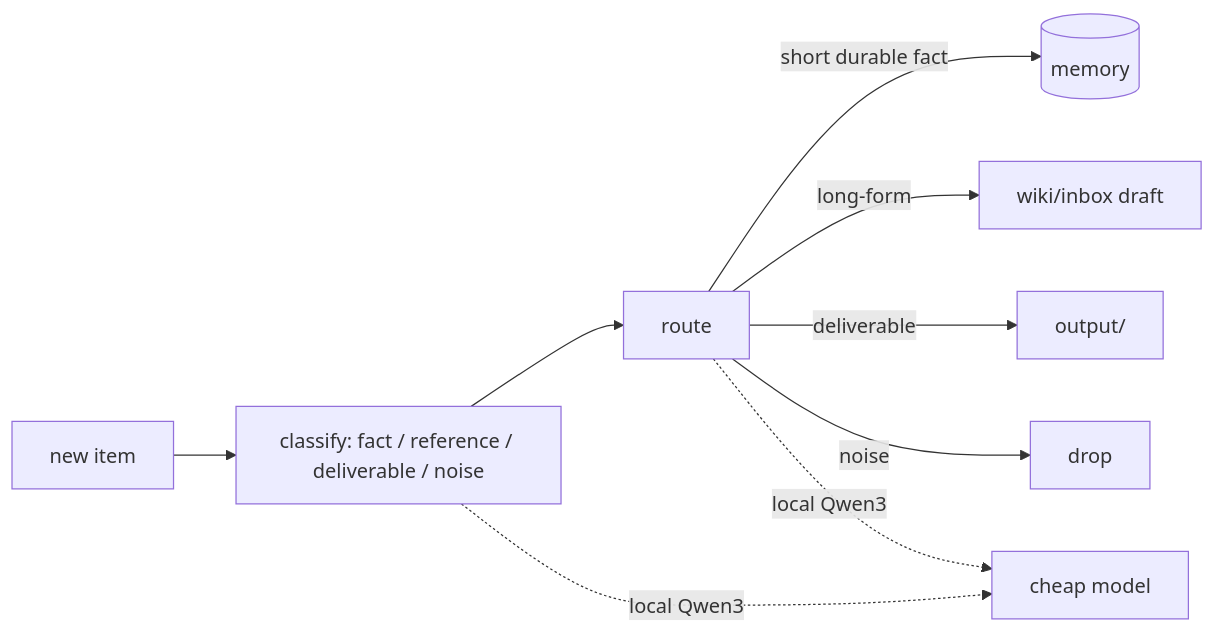
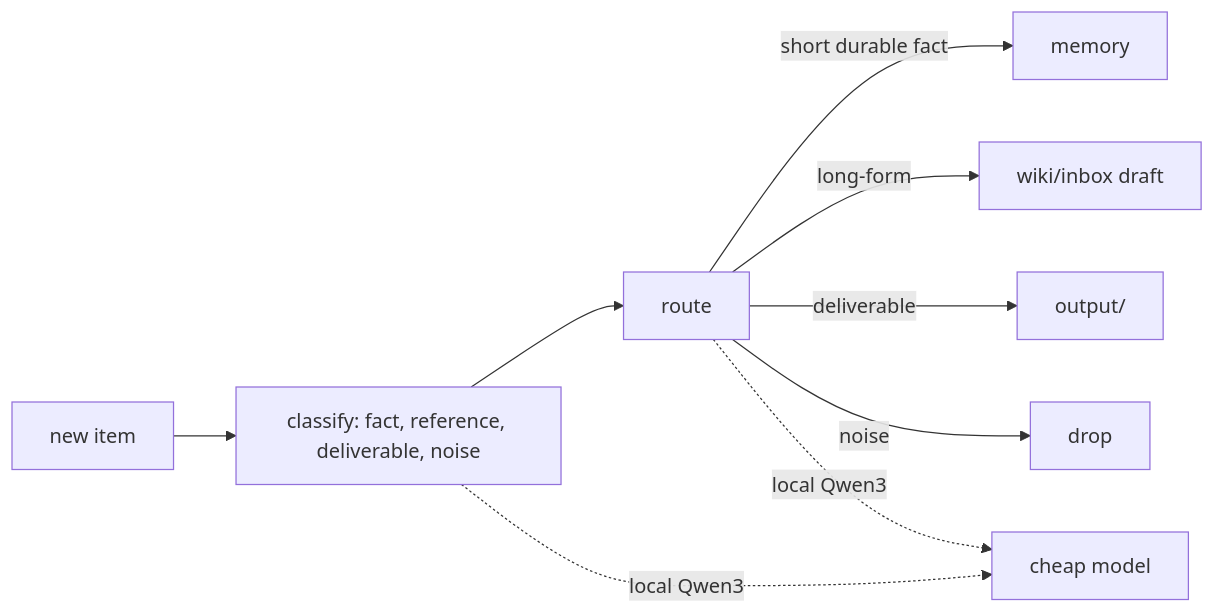
The second of 2 diagrams in docs/ARCHITECTURE.md (iracic82/agentic-os-architecture), drawn with Mermaid before and after one commit. The commit also changed other lines of this file and 4 other files, not shown here.

First line of the commit message:
Fix mermaid rendering on GitHub; plainer language, no em-dashes

````diff
--- a/docs/ARCHITECTURE.md
+++ b/docs/ARCHITECTURE.md
@@ -46,11 +43,11 @@
 ```mermaid
 flowchart LR
-  IN[new item] --> CL[classify: fact / reference / deliverable / noise]
-  CL --> RO[route]
-  RO -->|short durable fact| MEM[(memory)]
-  RO -->|long-form| INBOX[wiki/inbox draft]
-  RO -->|deliverable| OUT[output/]
-  RO -->|noise| X[drop]
-  CL -.local Qwen3.-> LLM[cheap model]
-  RO -.local Qwen3.-> LLM
+  IN["new item"] --> CL["classify: fact, reference, deliverable, noise"]
+  CL --> RO["route"]
+  RO -->|"short durable fact"| MEM["memory"]
+  RO -->|"long-form"| INBOX["wiki/inbox draft"]
+  RO -->|"deliverable"| OUT["output/"]
+  RO -->|"noise"| X["drop"]
+  CL -.->|"local Qwen3"| LLM["cheap model"]
+  RO -.->|"local Qwen3"| LLM
 ```
````
